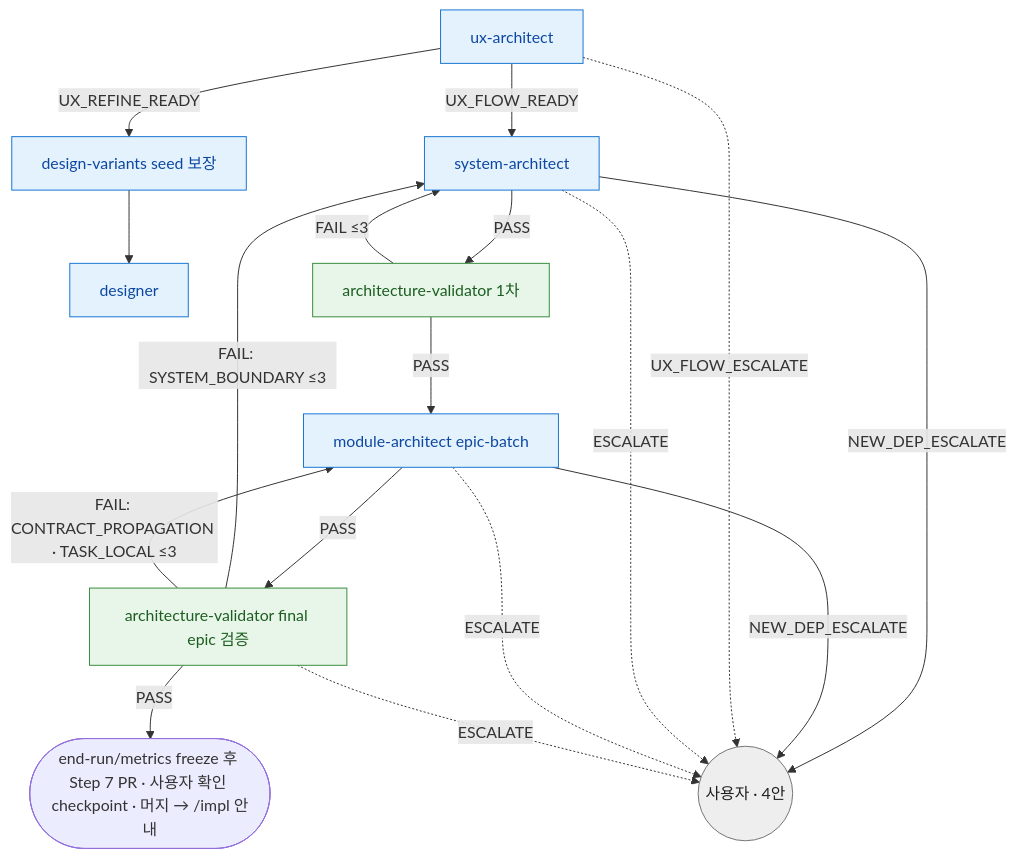
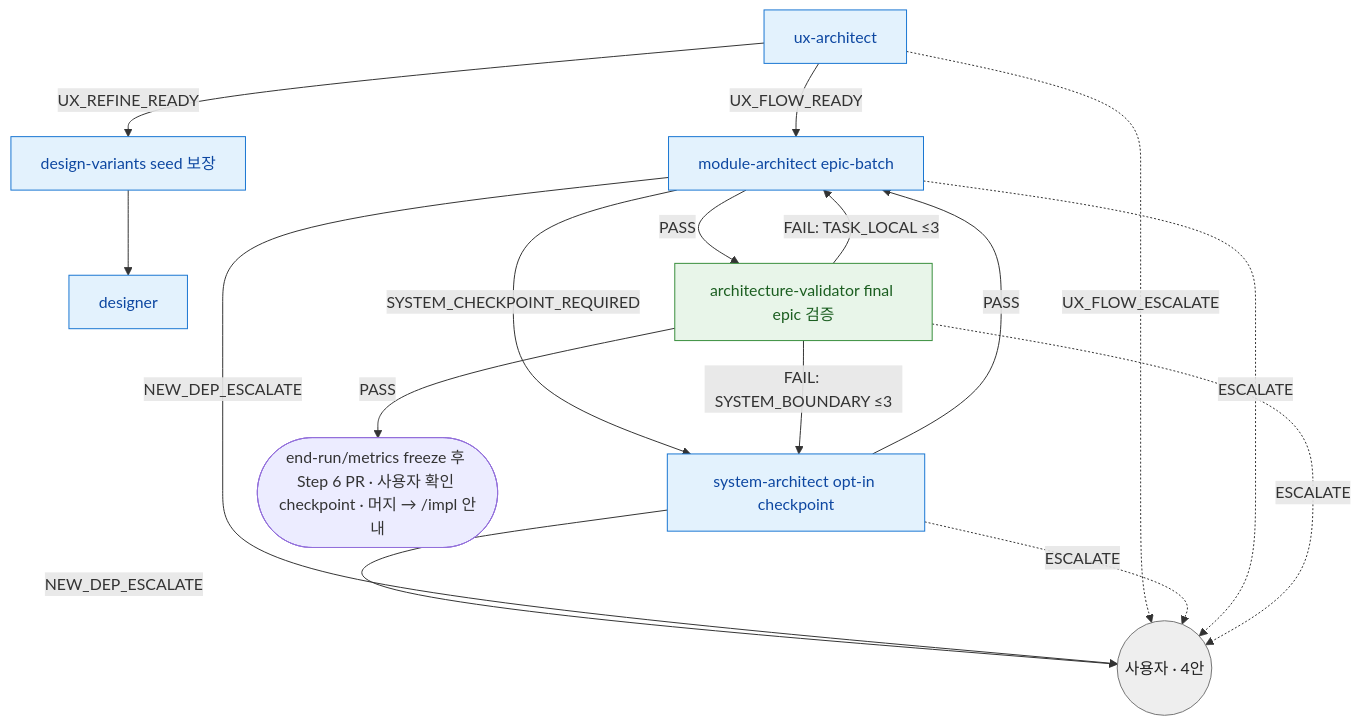
One commit to Daeguk-Sun/dcNess changed the diagram in skills/design/design-routing.md. Above: the diagram before and after it, drawn with Mermaid. The commit also changed other lines of this file and 43 other files, not shown here.

````diff
--- a/skills/design/design-routing.md
+++ b/skills/design/design-routing.md
@@ -15,26 +15,25 @@
 ```mermaid
 flowchart TB
-  UX[ux-architect] -->|UX_FLOW_READY| SA[system-architect]
+  UX[ux-architect] -->|UX_FLOW_READY| MA_BATCH[module-architect epic-batch]
   UX -->|UX_REFINE_READY| SEED[design-variants seed 보장]
   SEED --> DS[designer]
-  SA -->|PASS| AV1[architecture-validator 1차]
-  AV1 -->|PASS| MA_BATCH[module-architect epic-batch]
   MA_BATCH -->|PASS| AV_FINAL[architecture-validator final epic 검증]
-  AV_FINAL -->|PASS| M([end-run/metrics freeze 후 Step 7 PR · 사용자 확인 checkpoint · 머지 → /impl 안내])
-  AV1 -->|FAIL ≤3| SA
+  MA_BATCH -->|SYSTEM_CHECKPOINT_REQUIRED| SA[system-architect opt-in checkpoint]
+  SA -->|PASS| MA_BATCH
+  AV_FINAL -->|PASS| M([end-run/metrics freeze 후 Step 6 PR · 사용자 확인 checkpoint · 머지 → /impl 안내])
   AV_FINAL -->|"FAIL: SYSTEM_BOUNDARY ≤3"| SA
-  AV_FINAL -->|"FAIL: CONTRACT_PROPAGATION · TASK_LOCAL ≤3"| MA_BATCH
+  AV_FINAL -->|"FAIL: TASK_LOCAL ≤3"| MA_BATCH
   SA -->|NEW_DEP_ESCALATE| U((사용자 · 4안))
   MA_BATCH -->|NEW_DEP_ESCALATE| U
   UX -.->|UX_FLOW_ESCALATE| U
   SA -.->|ESCALATE| U
   MA_BATCH -.->|ESCALATE| U
   AV_FINAL -.->|ESCALATE| U
 
   classDef produce fill:#e3f2fd,stroke:#1976d2,color:#0d47a1
   classDef verify fill:#e8f5e9,stroke:#388e3c,color:#1b5e20
   classDef user fill:#eeeeee,stroke:#757575,color:#212121
   class UX,SA,DS,MA_BATCH,SEED produce
-  class AV1,AV_FINAL verify
+  class AV_FINAL verify
   class U user
 ```
````
